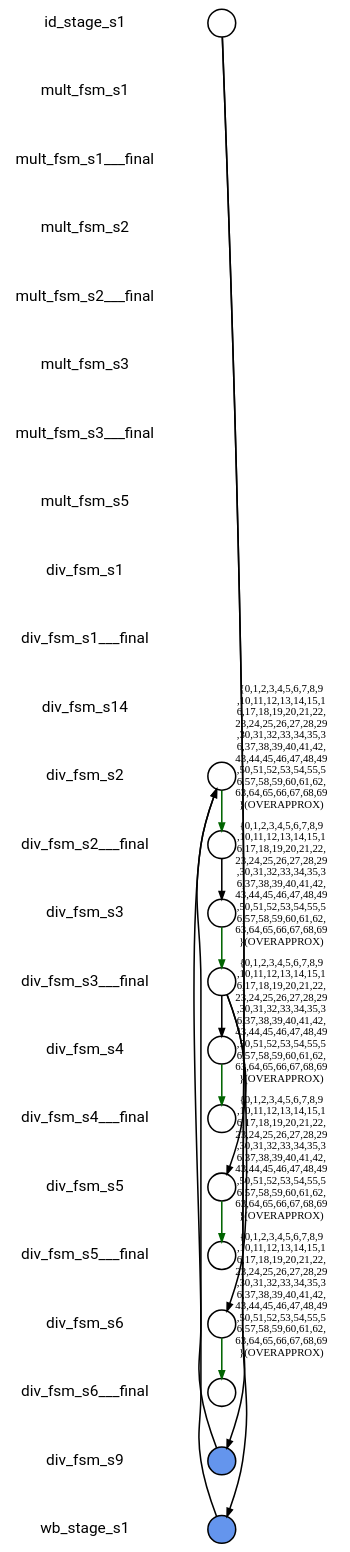
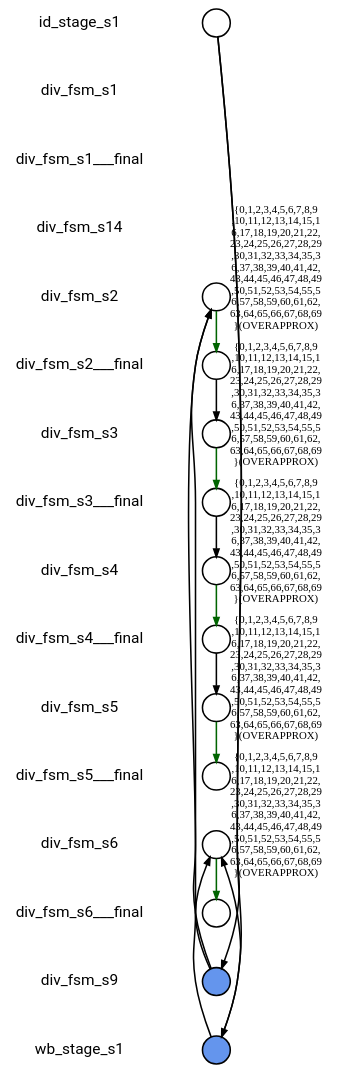
One commit to naomipark3/SynthLC changed the diagram in fv/synthlc/i_DIV_out/xSummarize/nonisograph/com_1_0.dot. Above: the diagram before and after it, drawn with Graphviz. The commit also changed 38807 other files, not shown here.

```diff
--- a/fv/synthlc/i_DIV_out/xSummarize/nonisograph/com_1_0.dot
+++ b/fv/synthlc/i_DIV_out/xSummarize/nonisograph/com_1_0.dot
@@ -1,170 +1,158 @@
 
 digraph G {
     edge [penwidth=2];
     node [ shape=box, fontsize=20, penwidth=2, fontname="roboto"];
     esep=0.5;
     layout=neato;
     overlap=scale;
     splines=true;
 
 l_id_stage_s1 [label="id_stage_s1"; pos="0,-0!"; shape=none];
 
-l_mult_fsm_s1 [label="mult_fsm_s1"; pos="0,-1!"; shape=none];
+l_div_fsm_s1 [label="div_fsm_s1"; pos="0,-1!"; shape=none];
 
-l_mult_fsm_s1___final [label="mult_fsm_s1___final"; pos="0,-2!"; shape=none];
+l_div_fsm_s1___final [label="div_fsm_s1___final"; pos="0,-2!"; shape=none];
 
-l_mult_fsm_s2 [label="mult_fsm_s2"; pos="0,-3!"; shape=none];
+l_div_fsm_s14 [label="div_fsm_s14"; pos="0,-3!"; shape=none];
 
-l_mult_fsm_s2___final [label="mult_fsm_s2___final"; pos="0,-4!"; shape=none];
+l_div_fsm_s2 [label="div_fsm_s2"; pos="0,-4!"; shape=none];
 
-l_mult_fsm_s3 [label="mult_fsm_s3"; pos="0,-5!"; shape=none];
+l_div_fsm_s2___final [label="div_fsm_s2___final"; pos="0,-5!"; shape=none];
 
-l_mult_fsm_s3___final [label="mult_fsm_s3___final"; pos="0,-6!"; shape=none];
+l_div_fsm_s3 [label="div_fsm_s3"; pos="0,-6!"; shape=none];
 
-l_mult_fsm_s5 [label="mult_fsm_s5"; pos="0,-7!"; shape=none];
+l_div_fsm_s3___final [label="div_fsm_s3___final"; pos="0,-7!"; shape=none];
 
-l_div_fsm_s1 [label="div_fsm_s1"; pos="0,-8!"; shape=none];
+l_div_fsm_s4 [label="div_fsm_s4"; pos="0,-8!"; shape=none];
 
-l_div_fsm_s1___final [label="div_fsm_s1___final"; pos="0,-9!"; shape=none];
+l_div_fsm_s4___final [label="div_fsm_s4___final"; pos="0,-9!"; shape=none];
 
-l_div_fsm_s14 [label="div_fsm_s14"; pos="0,-10!"; shape=none];
+l_div_fsm_s5 [label="div_fsm_s5"; pos="0,-10!"; shape=none];
 
-l_div_fsm_s2 [label="div_fsm_s2"; pos="0,-11!"; shape=none];
+l_div_fsm_s5___final [label="div_fsm_s5___final"; pos="0,-11!"; shape=none];
 
-l_div_fsm_s2___final [label="div_fsm_s2___final"; pos="0,-12!"; shape=none];
+l_div_fsm_s6 [label="div_fsm_s6"; pos="0,-12!"; shape=none];
 
-l_div_fsm_s3 [label="div_fsm_s3"; pos="0,-13!"; shape=none];
+l_div_fsm_s6___final [label="div_fsm_s6___final"; pos="0,-13!"; shape=none];
 
-l_div_fsm_s3___final [label="div_fsm_s3___final"; pos="0,-14!"; shape=none];
+l_div_fsm_s9 [label="div_fsm_s9"; pos="0,-14!"; shape=none];
 
-l_div_fsm_s4 [label="div_fsm_s4"; pos="0,-15!"; shape=none];
-
-l_div_fsm_s4___final [label="div_fsm_s4___final"; pos="0,-16!"; shape=none];
-
-l_div_fsm_s5 [label="div_fsm_s5"; pos="0,-17!"; shape=none];
-
-l_div_fsm_s5___final [label="div_fsm_s5___final"; pos="0,-18!"; shape=none];
-
-l_div_fsm_s6 [label="div_fsm_s6"; pos="0,-19!"; shape=none];
-
-l_div_fsm_s6___final [label="div_fsm_s6___final"; pos="0,-20!"; shape=none];
-
-l_div_fsm_s9 [label="div_fsm_s9"; pos="0,-21!"; shape=none];
-
-l_wb_stage_s1 [label="wb_stage_s1"; pos="0,-22!"; shape=none];
+l_wb_stage_s1 [label="wb_stage_s1"; pos="0,-15!"; shape=none];
 
 n_id_stage_s1 [label=""; pos="2,-0!"; shape=circle ]; 
 
 
-n_div_fsm_s2 [label=""; pos="2,-11!"; shape=circle ]; 
+n_div_fsm_s2 [label=""; pos="2,-4!"; shape=circle ]; 
 
 
-n_div_fsm_s3 [label=""; pos="2,-13!"; shape=circle ]; 
+n_div_fsm_s3 [label=""; pos="2,-6!"; shape=circle ]; 
 
 
-n_div_fsm_s4 [label=""; pos="2,-15!"; shape=circle ]; 
+n_div_fsm_s4 [label=""; pos="2,-8!"; shape=circle ]; 
 
 
-n_div_fsm_s5 [label=""; pos="2,-17!"; shape=circle ]; 
+n_div_fsm_s5 [label=""; pos="2,-10!"; shape=circle ]; 
 
 
-n_div_fsm_s6 [label=""; pos="2,-19!"; shape=circle ]; 
+n_div_fsm_s6 [label=""; pos="2,-12!"; shape=circle ]; 
 
 
-n_div_fsm_s9 [style=filled, color=black, fillcolor="#6495ED", label=""; pos="2,-21!"; shape=circle ]; 
+n_div_fsm_s9 [style=filled, color=black, fillcolor="#6495ED", label=""; pos="2,-14!"; shape=circle ]; 
 
 
-n_wb_stage_s1 [style=filled, color=black, fillcolor="#6495ED", label=""; pos="2,-22!"; shape=circle ]; 
+n_wb_stage_s1 [style=filled, color=black, fillcolor="#6495ED", label=""; pos="2,-15!"; shape=circle ]; 
 
 
-n_div_fsm_s2___final [label=""; pos="2,-12!"; shape=circle ]; 
+n_div_fsm_s2___final [label=""; pos="2,-5!"; shape=circle ]; 
 
 
-n_div_fsm_s3___final [label=""; pos="2,-14!"; shape=circle ]; 
+n_div_fsm_s3___final [label=""; pos="2,-7!"; shape=circle ]; 
 
 
-n_div_fsm_s4___final [label=""; pos="2,-16!"; shape=circle ]; 
+n_div_fsm_s4___final [label=""; pos="2,-9!"; shape=circle ]; 
 
 
-n_div_fsm_s5___final [label=""; pos="2,-18!"; shape=circle ]; 
+n_div_fsm_s5___final [label=""; pos="2,-11!"; shape=circle ]; 
 
 
-n_div_fsm_s6___final [label=""; pos="2,-20!"; shape=circle ]; 
+n_div_fsm_s6___final [label=""; pos="2,-13!"; shape=circle ]; 
 
 
+n_id_stage_s1 -> n_wb_stage_s1 [color="black"];
+
 n_id_stage_s1 -> n_div_fsm_s9 [color="black"];
-
-n_id_stage_s1 -> n_wb_stage_s1 [color="black"];
 
 n_div_fsm_s2 -> n_div_fsm_s2___final [color="#006400", label="{0,1,2,3,4,5,6,7,8,9
 ,10,11,12,13,14,15,1
 6,17,18,19,20,21,22,
 23,24,25,26,27,28,29
 ,30,31,32,33,34,35,3
 6,37,38,39,40,41,42,
 43,44,45,46,47,48,49
 ,50,51,52,53,54,55,5
 6,57,58,59,60,61,62,
 63,64,65,66,67,68,69
 }(OVERAPPROX)"];
 
 n_div_fsm_s3 -> n_div_fsm_s3___final [color="#006400", label="{0,1,2,3,4,5,6,7,8,9
 ,10,11,12,13,14,15,1
 6,17,18,19,20,21,22,
 23,24,25,26,27,28,29
 ,30,31,32,33,34,35,3
 6,37,38,39,40,41,42,
 43,44,45,46,47,48,49
 ,50,51,52,53,54,55,5
 6,57,58,59,60,61,62,
 63,64,65,66,67,68,69
 }(OVERAPPROX)"];
 
 n_div_fsm_s4 -> n_div_fsm_s4___final [color="#006400", label="{0,1,2,3,4,5,6,7,8,9
 ,10,11,12,13,14,15,1
 6,17,18,19,20,21,22,
 23,24,25,26,27,28,29
 ,30,31,32,33,34,35,3
 6,37,38,39,40,41,42,
 43,44,45,46,47,48,49
 ,50,51,52,53,54,55,5
 6,57,58,59,60,61,62,
 63,64,65,66,67,68,69
 }(OVERAPPROX)"];
 
 n_div_fsm_s5 -> n_div_fsm_s5___final [color="#006400", label="{0,1,2,3,4,5,6,7,8,9
 ,10,11,12,13,14,15,1
 6,17,18,19,20,21,22,
 23,24,25,26,27,28,29
 ,30,31,32,33,34,35,3
 6,37,38,39,40,41,42,
 43,44,45,46,47,48,49
 ,50,51,52,53,54,55,5
 6,57,58,59,60,61,62,
 63,64,65,66,67,68,69
 }(OVERAPPROX)"];
 
 n_div_fsm_s6 -> n_div_fsm_s6___final [color="#006400", label="{0,1,2,3,4,5,6,7,8,9
 ,10,11,12,13,14,15,1
 6,17,18,19,20,21,22,
 23,24,25,26,27,28,29
 ,30,31,32,33,34,35,3
 6,37,38,39,40,41,42,
 43,44,45,46,47,48,49
 ,50,51,52,53,54,55,5
 6,57,58,59,60,61,62,
 63,64,65,66,67,68,69
 }(OVERAPPROX)"];
 
 n_div_fsm_s9 -> n_div_fsm_s2 [color="black"];
 
+n_div_fsm_s9 -> n_div_fsm_s6 [color="black"];
+
 n_wb_stage_s1 -> n_div_fsm_s2 [color="black"];
+
+n_wb_stage_s1 -> n_div_fsm_s6 [color="black"];
 
 n_div_fsm_s2___final -> n_div_fsm_s3 [color="black"];
 
-n_div_fsm_s3___final -> n_div_fsm_s5 [color="black"];
-
 n_div_fsm_s3___final -> n_div_fsm_s4 [color="black"];
 
-n_div_fsm_s3___final -> n_div_fsm_s6 [color="black"];
+n_div_fsm_s4___final -> n_div_fsm_s5 [color="black"];
 }
```
